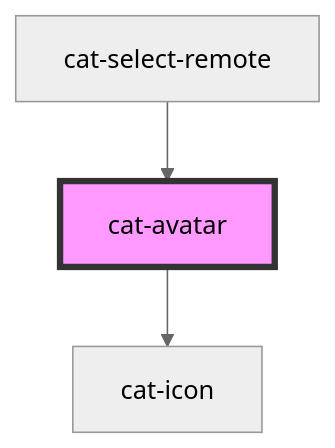
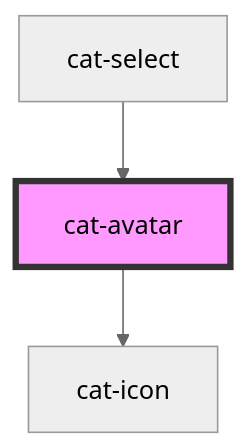
Before and after one commit to haiilo/catalyst: the diagram in core/src/components/cat-avatar/readme.md, drawn with Mermaid (neutral theme). The commit also changed other lines of this file and 27 other files, not shown here.

````diff
--- a/core/src/components/cat-avatar/readme.md
+++ b/core/src/components/cat-avatar/readme.md
@@ -43,6 +43,6 @@
 ```mermaid
 graph TD;
   cat-avatar --> cat-icon
-  cat-select-remote --> cat-avatar
+  cat-select --> cat-avatar
   style cat-avatar fill:#f9f,stroke:#333,stroke-width:4px
 ```
````
